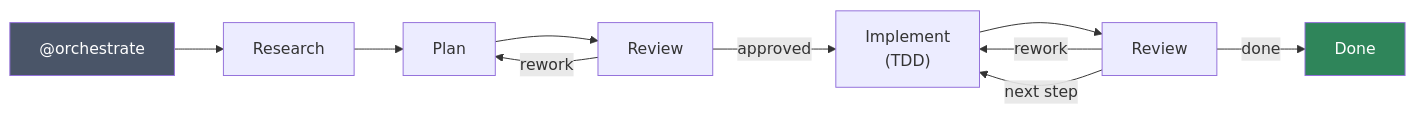
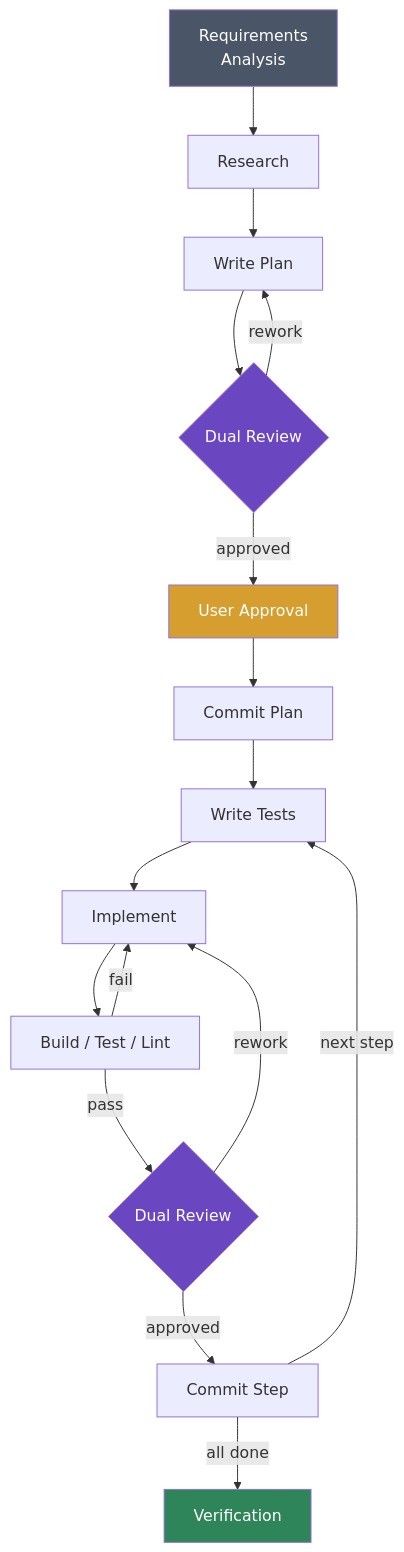
The diagram in README.md (POPFD/claude-sweatshop), drawn with Mermaid before and after one commit.

Commit message:
docs: Update mermaid diagram to reflect full workflow
The diagram now shows the complete pipeline: requirements analysis,
research, planning with dual review gate, user approval, and the
per-step TDD loop (write tests, implement, build/test/lint, dual
review, commit). Switched to top-down layout for better readability
and highlighted review gates and user approval with distinct colours.

````diff
--- a/README.md
+++ b/README.md
@@ -77,14 +77,25 @@
 ```mermaid
-flowchart LR
-    A["@orchestrate"] --> B["Research"] --> C["Plan"]
-    C --> D["Review"]
+flowchart TD
+    A["Requirements\nAnalysis"] --> B["Research"]
+    B --> C["Write Plan"]
+    C --> D{"Dual Review"}
     D -->|rework| C
-    D -->|approved| E["Implement\n(TDD)"]
-    E --> F["Review"]
-    F -->|rework| E
-    F -->|next step| E
-    F -->|done| G["Done"]
+    D -->|approved| E["User Approval"]
+    E --> F["Commit Plan"]
+
+    F --> G["Write Tests"]
+    G --> H["Implement"]
+    H --> I["Build / Test / Lint"]
+    I -->|fail| H
+    I -->|pass| J{"Dual Review"}
+    J -->|rework| H
+    J -->|approved| K["Commit Step"]
+    K -->|next step| G
+    K -->|all done| L["Verification"]
 
     style A fill:#4a5568,color:#fff
-    style G fill:#2f855a,color:#fff
+    style L fill:#2f855a,color:#fff
+    style D fill:#6b46c1,color:#fff
+    style J fill:#6b46c1,color:#fff
+    style E fill:#d69e2e,color:#fff
 ```
````
